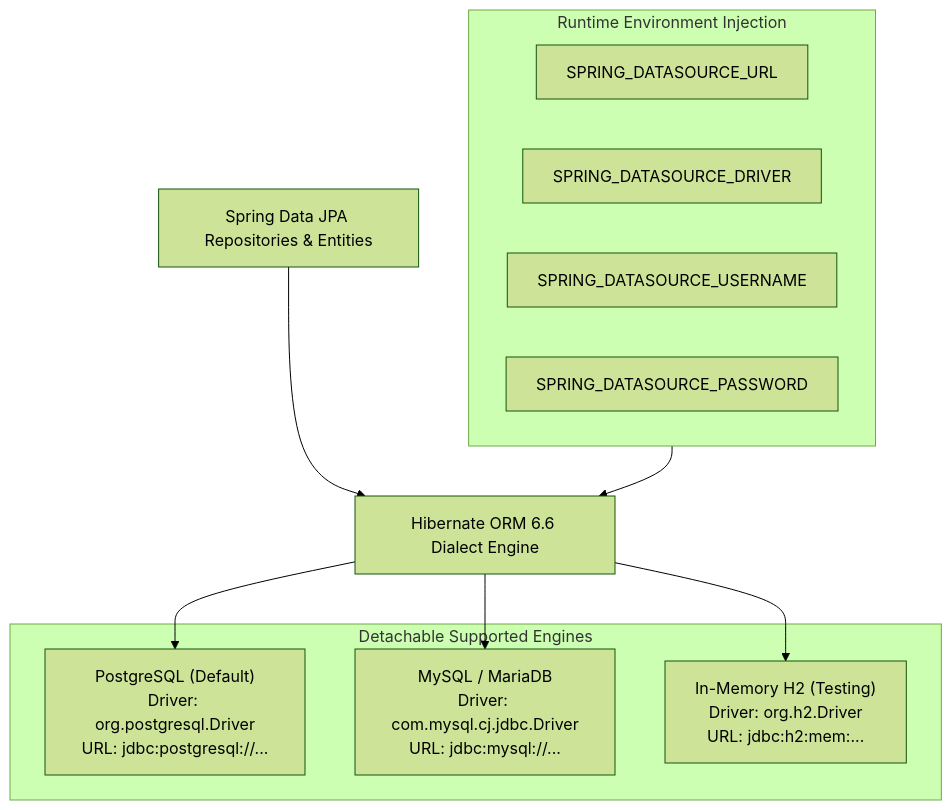
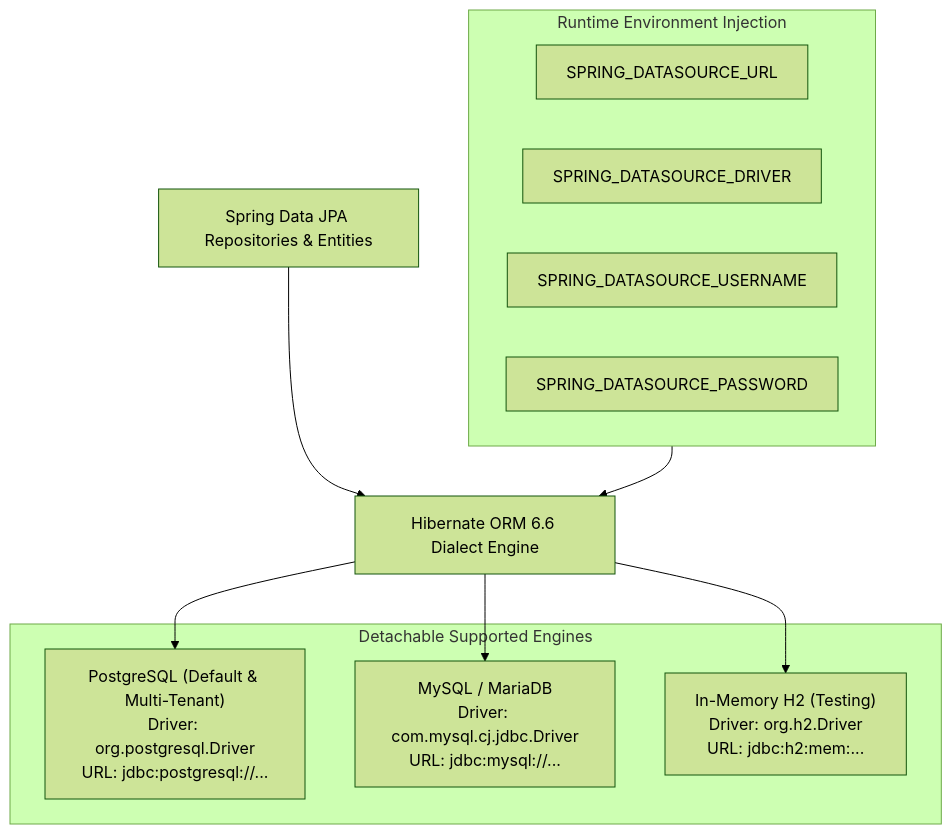
One commit to firojm57/mio-wealth changed the fourth of 5 diagrams in docs/high-level-architecture.md. Above: the diagram before and after it, drawn with Mermaid (forest theme). The commit also changed other lines of this file and 49 other files, not shown here.

````diff
--- a/docs/high-level-architecture.md
+++ b/docs/high-level-architecture.md
@@ -162,23 +206,23 @@
 ```mermaid
 graph TD
     JPA["Spring Data JPA Repositories & Entities"] --> Hibernate["Hibernate ORM 6.6 Dialect Engine"]
 
     subgraph EnvConfig["Runtime Environment Injection"]
         URL["SPRING_DATASOURCE_URL"]
         DRIVER["SPRING_DATASOURCE_DRIVER"]
         USER["SPRING_DATASOURCE_USERNAME"]
         PASS["SPRING_DATASOURCE_PASSWORD"]
     end
 
     EnvConfig --> Hibernate
 
     subgraph SupportedEngines["Detachable Supported Engines"]
-        PG["PostgreSQL (Default)<br/>Driver: org.postgresql.Driver<br/>URL: jdbc:postgresql://..."]
+        PG["PostgreSQL (Default & Multi-Tenant)<br/>Driver: org.postgresql.Driver<br/>URL: jdbc:postgresql://..."]
         MY["MySQL / MariaDB<br/>Driver: com.mysql.cj.jdbc.Driver<br/>URL: jdbc:mysql://..."]
         H2["In-Memory H2 (Testing)<br/>Driver: org.h2.Driver<br/>URL: jdbc:h2:mem:..."]
     end
 
     Hibernate --> PG
     Hibernate --> MY
     Hibernate --> H2
 ```
````
